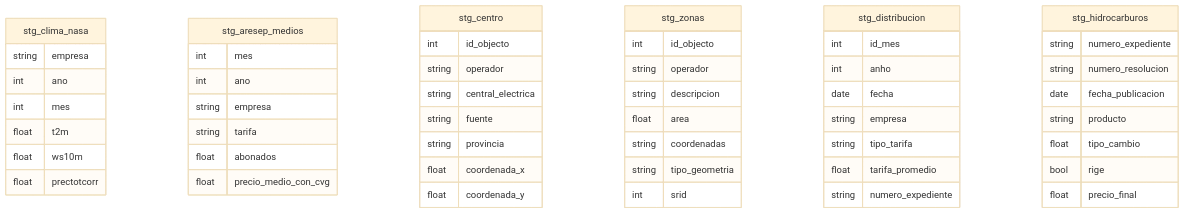
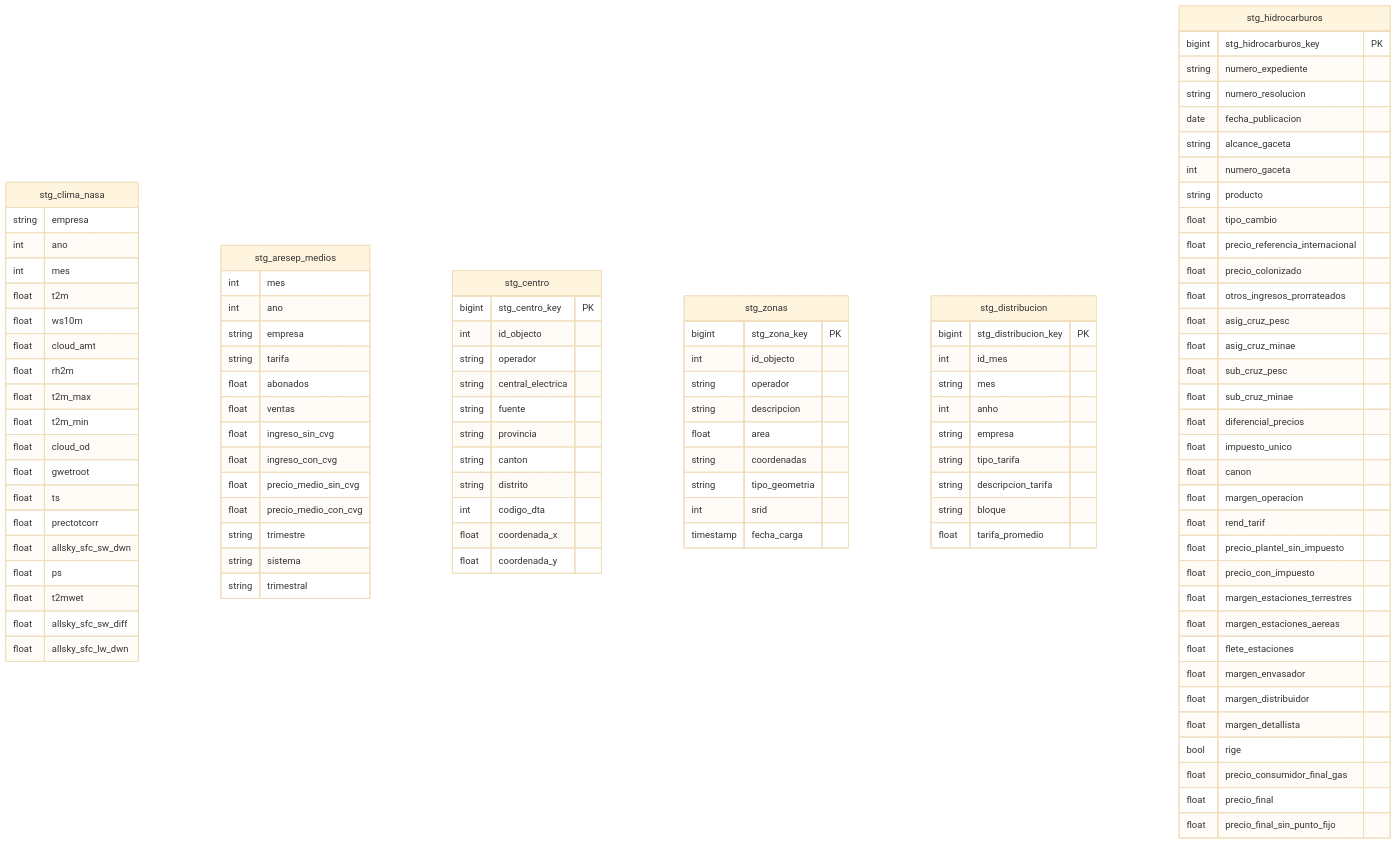
The fourth of 5 diagrams in README.md (DiegoMonteroCRC/Prediccion_Consumo_Energia_Costa_Rica), drawn with Mermaid (base theme) before and after one commit. The commit also changed other lines of this file and 9 other files, not shown here.

````diff
--- a/README.md
+++ b/README.md
@@ -360,7 +379,19 @@
         int mes
         float t2m
         float ws10m
+        float cloud_amt
+        float rh2m
+        float t2m_max
+        float t2m_min
+        float cloud_od
+        float gwetroot
+        float ts
         float prectotcorr
+        float allsky_sfc_sw_dwn
+        float ps
+        float t2mwet
+        float allsky_sfc_sw_diff
+        float allsky_sfc_lw_dwn
     }
 
     stg_aresep_medios {
@@ -369,20 +400,32 @@
         string empresa
         string tarifa
         float abonados
+        float ventas
+        float ingreso_sin_cvg
+        float ingreso_con_cvg
+        float precio_medio_sin_cvg
         float precio_medio_con_cvg
+        string trimestre
+        string sistema
+        string trimestral
     }
 
     stg_centro {
+        bigint stg_centro_key PK
         int id_objecto
         string operador
         string central_electrica
         string fuente
         string provincia
+        string canton
+        string distrito
+        int codigo_dta
         float coordenada_x
         float coordenada_y
     }
 
     stg_zonas {
+        bigint stg_zona_key PK
         int id_objecto
         string operador
         string descripcion
@@ -390,25 +433,53 @@
         string coordenadas
         string tipo_geometria
         int srid
+        timestamp fecha_carga
     }
 
     stg_distribucion {
+        bigint stg_distribucion_key PK
         int id_mes
+        string mes
         int anho
-        date fecha
         string empresa
         string tipo_tarifa
+        string descripcion_tarifa
+        string bloque
         float tarifa_promedio
-        string numero_expediente
     }
 
     stg_hidrocarburos {
+        bigint stg_hidrocarburos_key PK
         string numero_expediente
         string numero_resolucion
         date fecha_publicacion
+        string alcance_gaceta
+        int numero_gaceta
         string producto
         float tipo_cambio
+        float precio_referencia_internacional
+        float precio_colonizado
+        float otros_ingresos_prorrateados
+        float asig_cruz_pesc
+        float asig_cruz_minae
+        float sub_cruz_pesc
+        float sub_cruz_minae
+        float diferencial_precios
+        float impuesto_unico
+        float canon
+        float margen_operacion
+        float rend_tarif
+        float precio_plantel_sin_impuesto
+        float precio_con_impuesto
+        float margen_estaciones_terrestres
+        float margen_estaciones_aereas
+        float flete_estaciones
+        float margen_envasador
+        float margen_distribuidor
+        float margen_detallista
         bool rige
+        float precio_consumidor_final_gas
         float precio_final
+        float precio_final_sin_punto_fijo
     }
 ```
````
